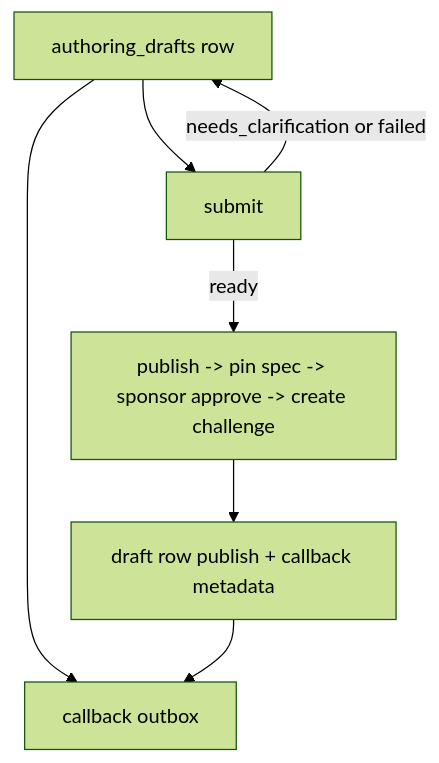
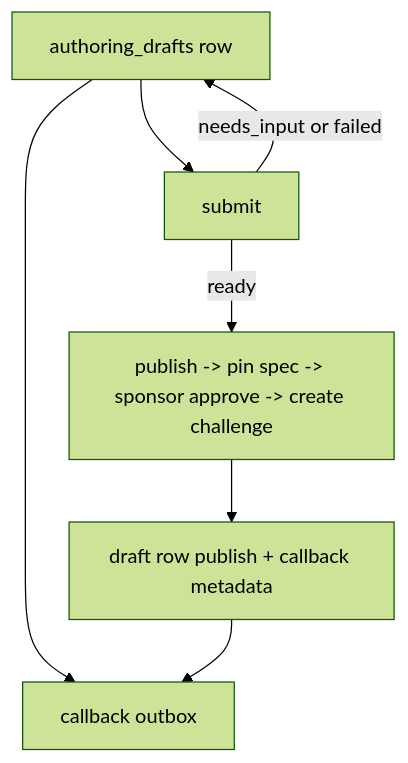
The seventh of 9 diagrams in docs/system-anatomy.md (andymolecule/Hermes), drawn with Mermaid (forest theme) before and after one commit. The commit also changed other lines of this file and 42 other files, not shown here.

Commit message:
Unify authoring needs-input questions

````diff
--- a/docs/system-anatomy.md
+++ b/docs/system-anatomy.md
@@ -944,15 +944,15 @@
 ```mermaid
 flowchart TD
     Draft["authoring_drafts row"]
     Submit["submit"]
     Publish["publish -> pin spec -> sponsor approve -> create challenge"]
     DraftMeta["draft row publish + callback metadata"]
     Callback["callback outbox"]
 
     Draft --> Submit
     Submit -->|"ready"| Publish
-    Submit -->|"needs_clarification or failed"| Draft
+    Submit -->|"needs_input or failed"| Draft
     Publish --> DraftMeta
     Draft --> Callback
     DraftMeta --> Callback
 ```
````
